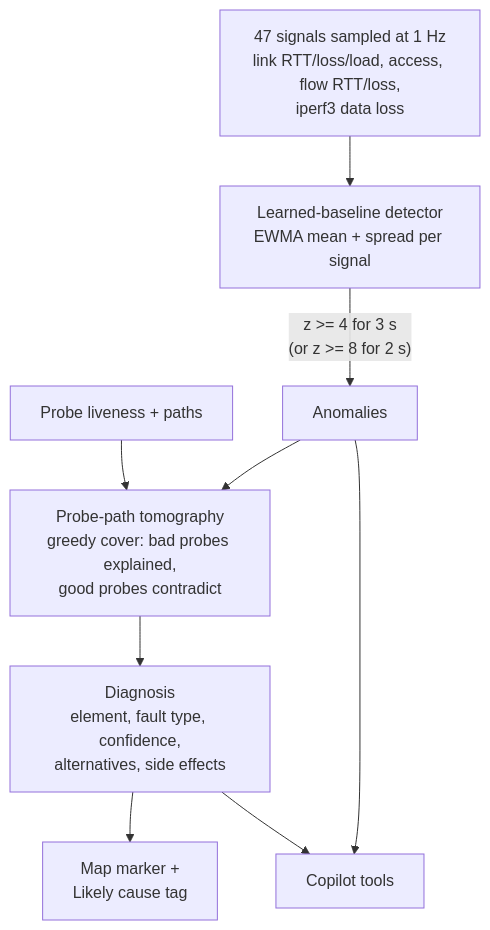
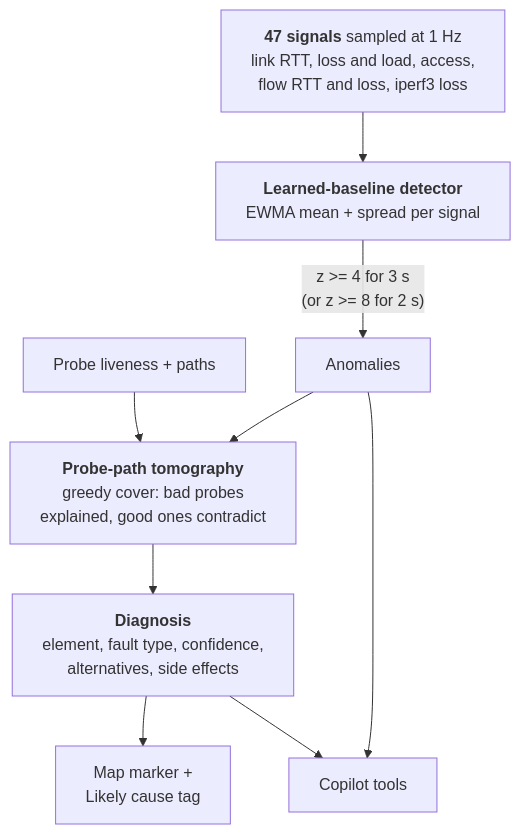
Before and after one commit to hrdk6/NETVISTA: the fifth of 10 diagrams in README.md, drawn with Mermaid. The commit also changed other lines of this file, not shown here.

First line of the commit message:
README: fix clipped Mermaid diagrams on GitHub, redraw the architecture, add two diagrams

````diff
--- a/README.md
+++ b/README.md
@@ -149,11 +182,12 @@
 ```mermaid
+%%{init: {"flowchart": {"wrappingWidth": 300}} }%%
 flowchart TD
-    S["47 signals sampled at 1 Hz<br/>link RTT/loss/load, access, flow RTT/loss,<br/>iperf3 data loss"] --> D["Learned-baseline detector<br/>EWMA mean + spread per signal"]
+    S["<b>47 signals</b> sampled at 1 Hz<br/>link RTT, loss and load, access,<br/>flow RTT and loss, iperf3 loss"] --> D["<b>Learned-baseline detector</b><br/>EWMA mean + spread per signal"]
     D -->|"z >= 4 for 3 s<br/>(or z >= 8 for 2 s)"| AN["Anomalies"]
     L["Probe liveness + paths"] --> T
-    AN --> T["Probe-path tomography<br/>greedy cover: bad probes explained,<br/>good probes contradict"]
-    T --> DX["Diagnosis<br/>element, fault type, confidence,<br/>alternatives, side effects"]
+    AN --> T["<b>Probe-path tomography</b><br/>greedy cover: bad probes<br/>explained, good ones contradict"]
+    T --> DX["<b>Diagnosis</b><br/>element, fault type, confidence,<br/>alternatives, side effects"]
     DX --> MAP["Map marker +<br/>Likely cause tag"]
     DX --> CP["Copilot tools"]
     AN --> CP
 ```
````
